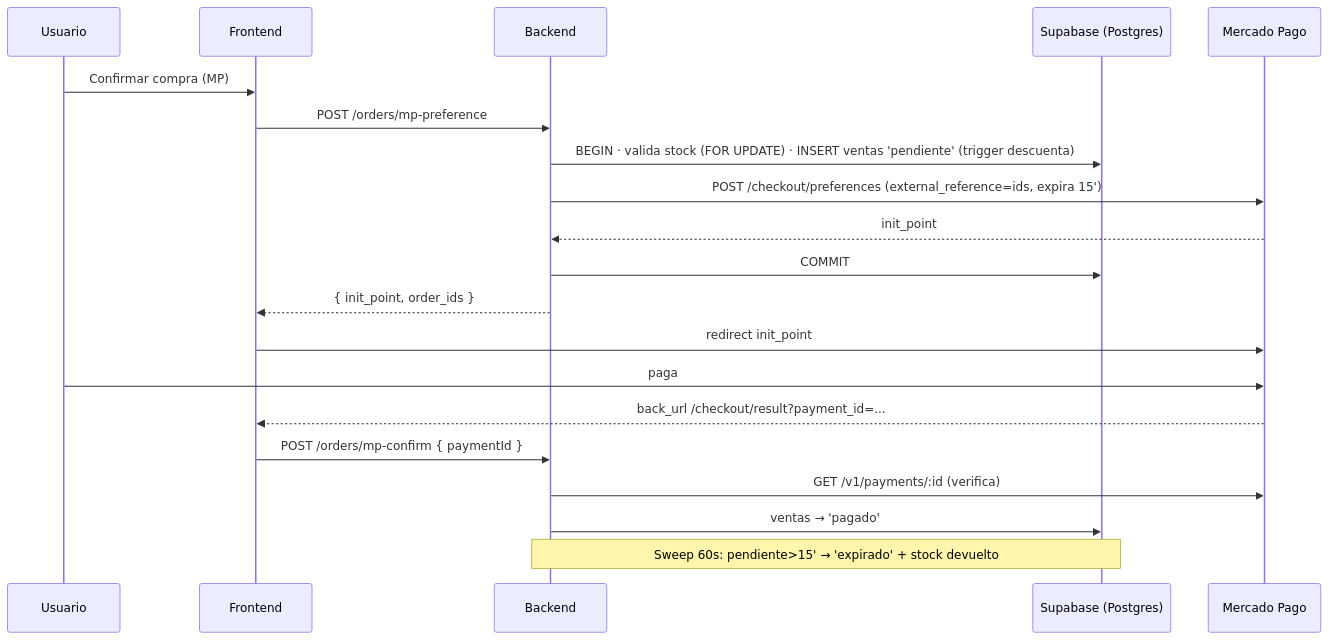
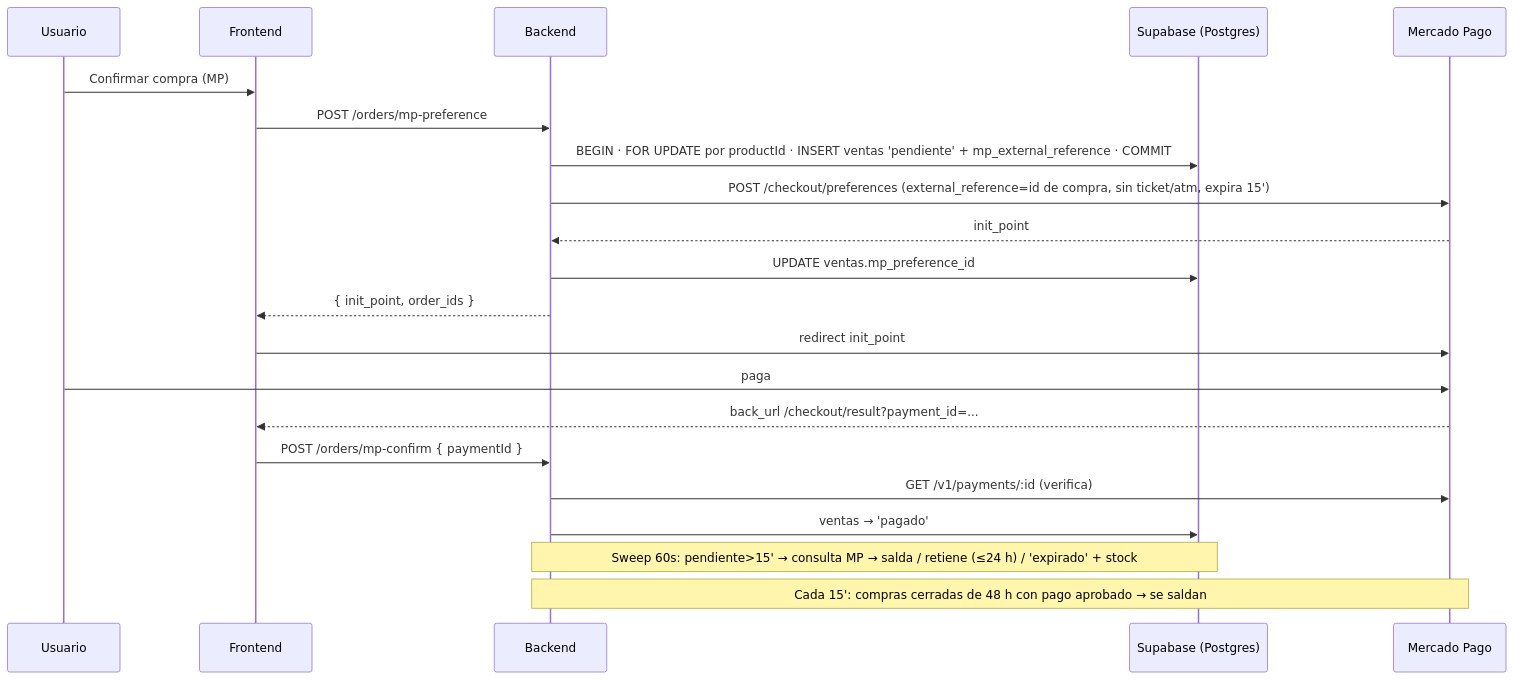
One commit to B-ayala/LIA-BACK changed the diagram in docs/flows/flow-checkout.md. Above: the diagram before and after it, drawn with Mermaid. The commit also changed other lines of this file and 45 other files, not shown here.

````diff
--- a/docs/flows/flow-checkout.md
+++ b/docs/flows/flow-checkout.md
@@ -100,23 +167,24 @@
 ```mermaid
 sequenceDiagram
   participant U as Usuario
   participant F as Frontend
   participant B as Backend
   participant DB as Supabase (Postgres)
   participant MP as Mercado Pago
 
   U->>F: Confirmar compra (MP)
   F->>B: POST /orders/mp-preference
-  B->>DB: BEGIN · valida stock (FOR UPDATE) · INSERT ventas 'pendiente' (trigger descuenta)
-  B->>MP: POST /checkout/preferences (external_reference=ids, expira 15')
+  B->>DB: BEGIN · FOR UPDATE por productId · INSERT ventas 'pendiente' + mp_external_reference · COMMIT
+  B->>MP: POST /checkout/preferences (external_reference=id de compra, sin ticket/atm, expira 15')
   MP-->>B: init_point
-  B->>DB: COMMIT
+  B->>DB: UPDATE ventas.mp_preference_id
   B-->>F: { init_point, order_ids }
   F->>MP: redirect init_point
   U->>MP: paga
   MP-->>F: back_url /checkout/result?payment_id=...
   F->>B: POST /orders/mp-confirm { paymentId }
   B->>MP: GET /v1/payments/:id (verifica)
   B->>DB: ventas → 'pagado'
-  Note over B,DB: Sweep 60s: pendiente>15' → 'expirado' + stock devuelto
+  Note over B,DB: Sweep 60s: pendiente>15' → consulta MP → salda / retiene (≤24 h) / 'expirado' + stock
+  Note over B,MP: Cada 15': compras cerradas de 48 h con pago aprobado → se saldan
 ```
````
